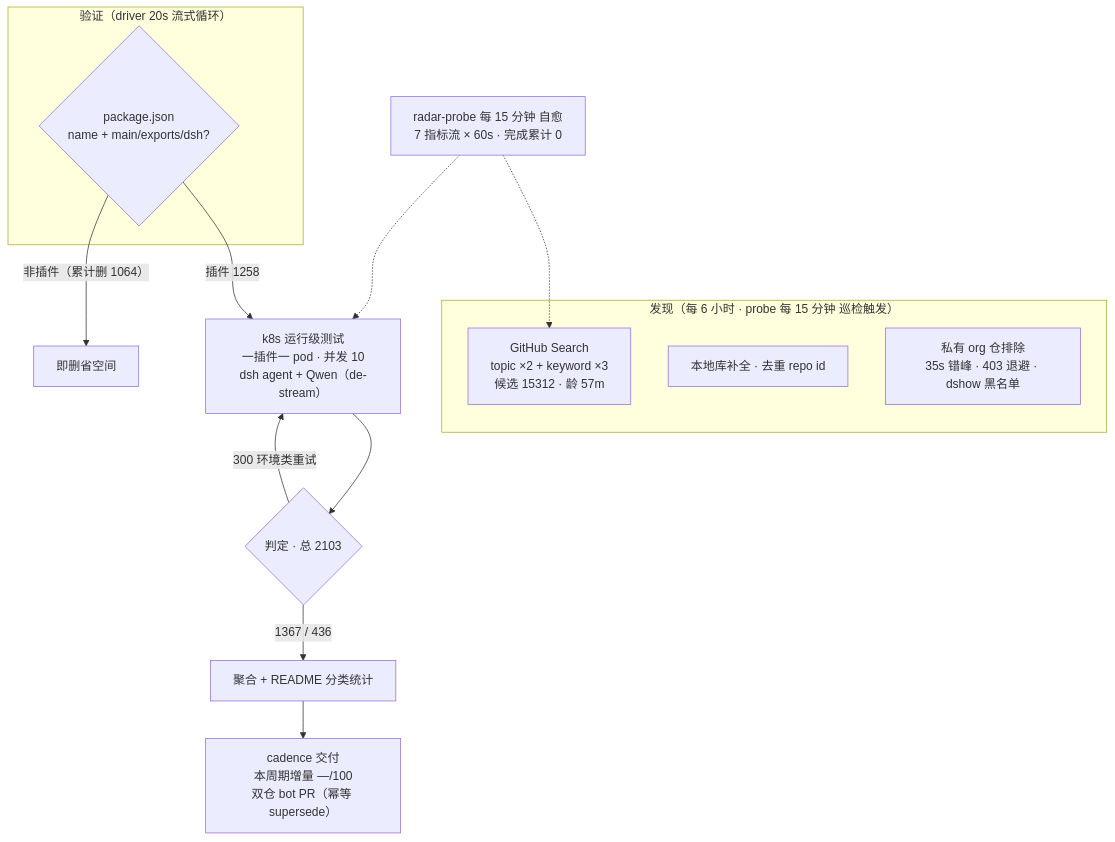
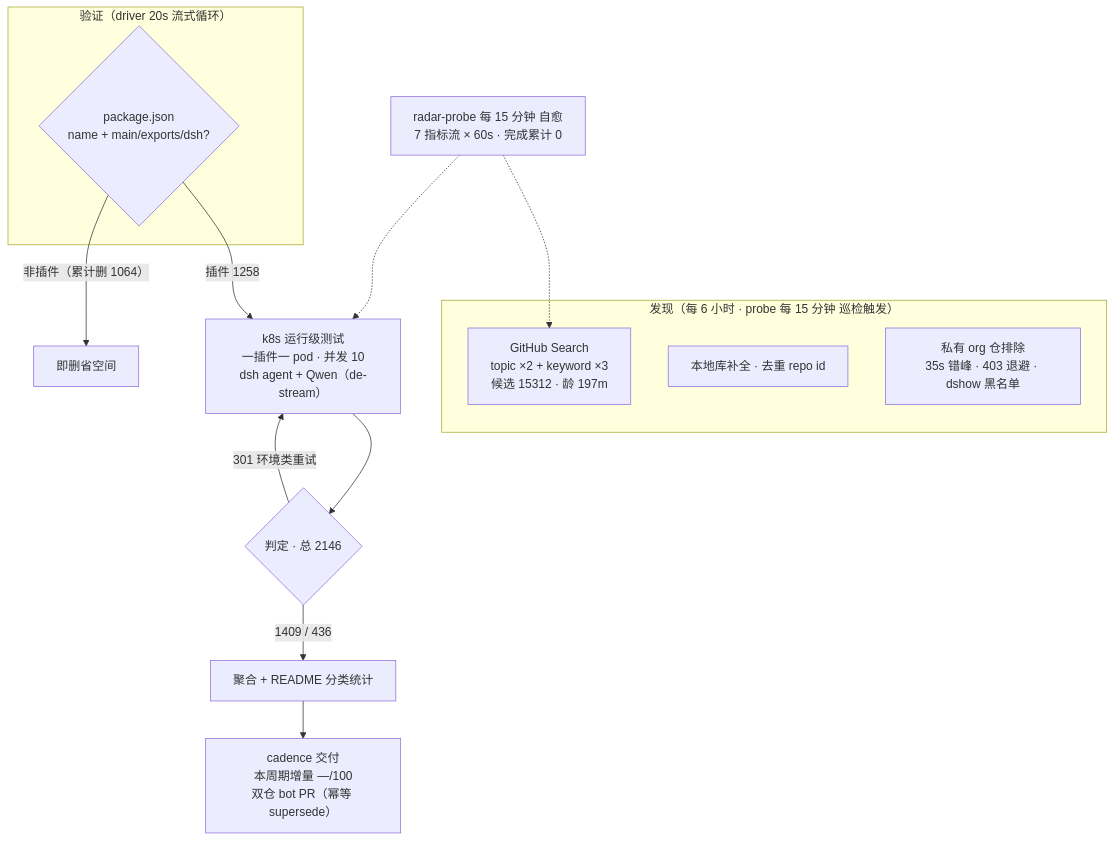
Before and after one commit to Zhidao-Lab-OSS/awesome-dsh-plugins: the diagram in README.md, drawn with Mermaid. The commit also changed other lines of this file and 1 other file, not shown here.

````diff
--- a/README.md
+++ b/README.md
@@ -37,20 +37,20 @@
 ```mermaid
 flowchart TB
     subgraph Discovery["发现（每 6 小时 · probe 每 15 分钟 巡检触发）"]
-        A1["GitHub Search<br/>topic ×2 + keyword ×3<br/>候选 15312 · 龄 57m"]
+        A1["GitHub Search<br/>topic ×2 + keyword ×3<br/>候选 15312 · 龄 197m"]
         A2["本地库补全 · 去重 repo id"]
         A3["私有 org 仓排除<br/>35s 错峰 · 403 退避 · dshow 黑名单"]
     end
     subgraph Validation["验证（driver 20s 流式循环）"]
         B1{"package.json<br/>name + main/exports/dsh?"}
     end
     B1 -->|"插件 1258"| C1["k8s 运行级测试<br/>一插件一 pod · 并发 10<br/>dsh agent + Qwen（de-stream）"]
     B1 -->|"非插件（累计删 1064）"| B3["即删省空间"]
-    C1 --> D1{"判定 · 总 2103"}
-    D1 -->|"1367 / 436"| E1["聚合 + README 分类统计"]
-    D1 -->|"300 环境类重试"| C1
+    C1 --> D1{"判定 · 总 2146"}
+    D1 -->|"1409 / 436"| E1["聚合 + README 分类统计"]
+    D1 -->|"301 环境类重试"| C1
     E1 --> E2["cadence 交付<br/>本周期增量 —/100<br/>双仓 bot PR（幂等 supersede）"]
     M["radar-probe 每 15 分钟 自愈<br/>7 指标流 × 60s · 完成累计 0"]
     M -.-> A1
     M -.-> C1
 ```
````
